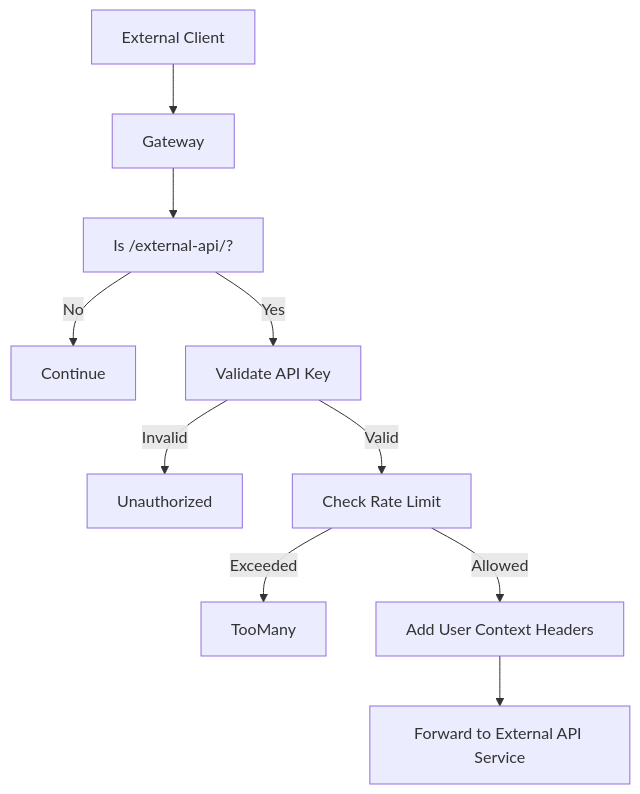
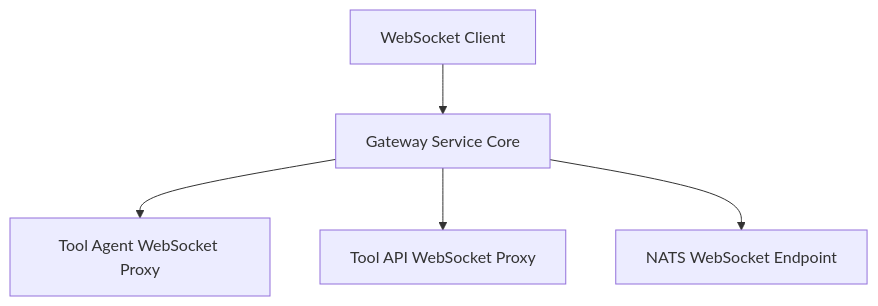
Before and after one commit to Praesto-Pro/openframe-oss-tenant: the seventh of 8 diagrams in docs/architecture/gateway-service-core/gateway-service-core.md, drawn with Mermaid. The commit also changed other lines of this file and 149 other files, not shown here.

````diff
--- a/docs/architecture/gateway-service-core/gateway-service-core.md
+++ b/docs/architecture/gateway-service-core/gateway-service-core.md
@@ -269,15 +258,7 @@
 ```mermaid
 flowchart TD
-    Client["External Client"] --> Gateway["Gateway"]
-    Gateway --> CheckPath["Is /external-api/?"]
-    CheckPath -->|"No"| Continue
-    CheckPath -->|"Yes"| ValidateKey["Validate API Key"]
-
-    ValidateKey -->|"Invalid"| Unauthorized
-    ValidateKey -->|"Valid"| RateLimit["Check Rate Limit"]
-
-    RateLimit -->|"Exceeded"| TooMany
-    RateLimit -->|"Allowed"| AddHeaders["Add User Context Headers"]
-
-    AddHeaders --> Forward["Forward to External API Service"]
+    WsClient["WebSocket Client"] --> Gateway["Gateway Service Core"]
+    Gateway --> AgentProxy["Tool Agent WebSocket Proxy"]
+    Gateway --> ApiProxy["Tool API WebSocket Proxy"]
+    Gateway --> Nats["NATS WebSocket Endpoint"]
 ```
````
